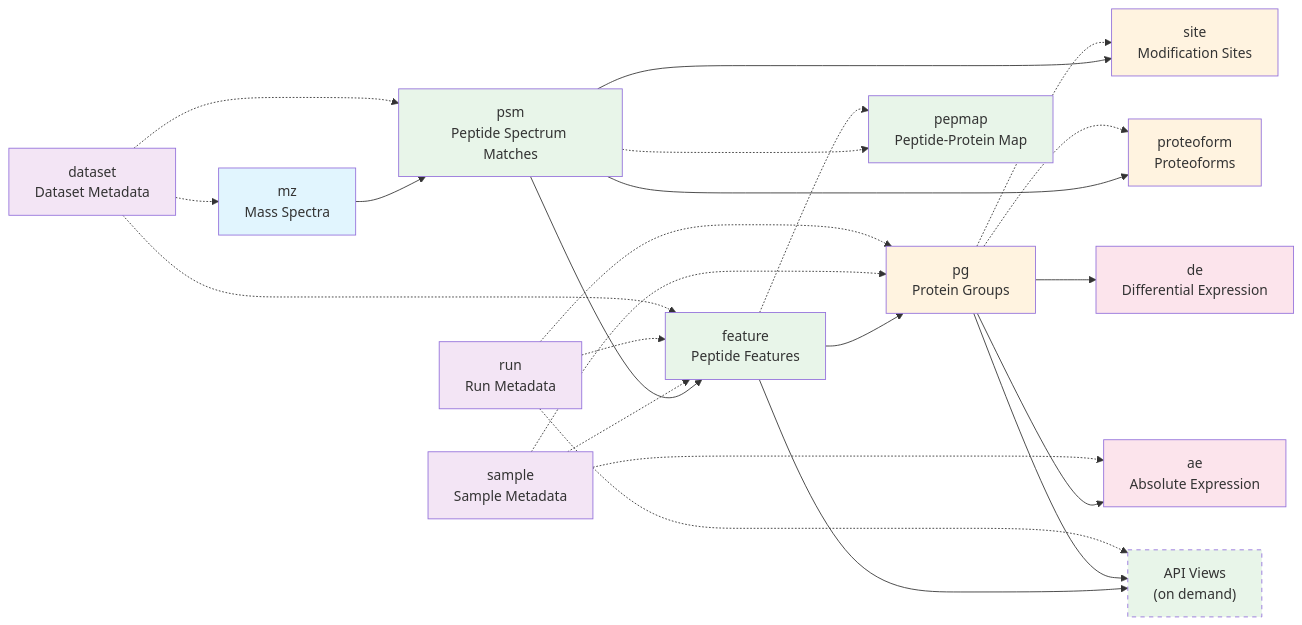
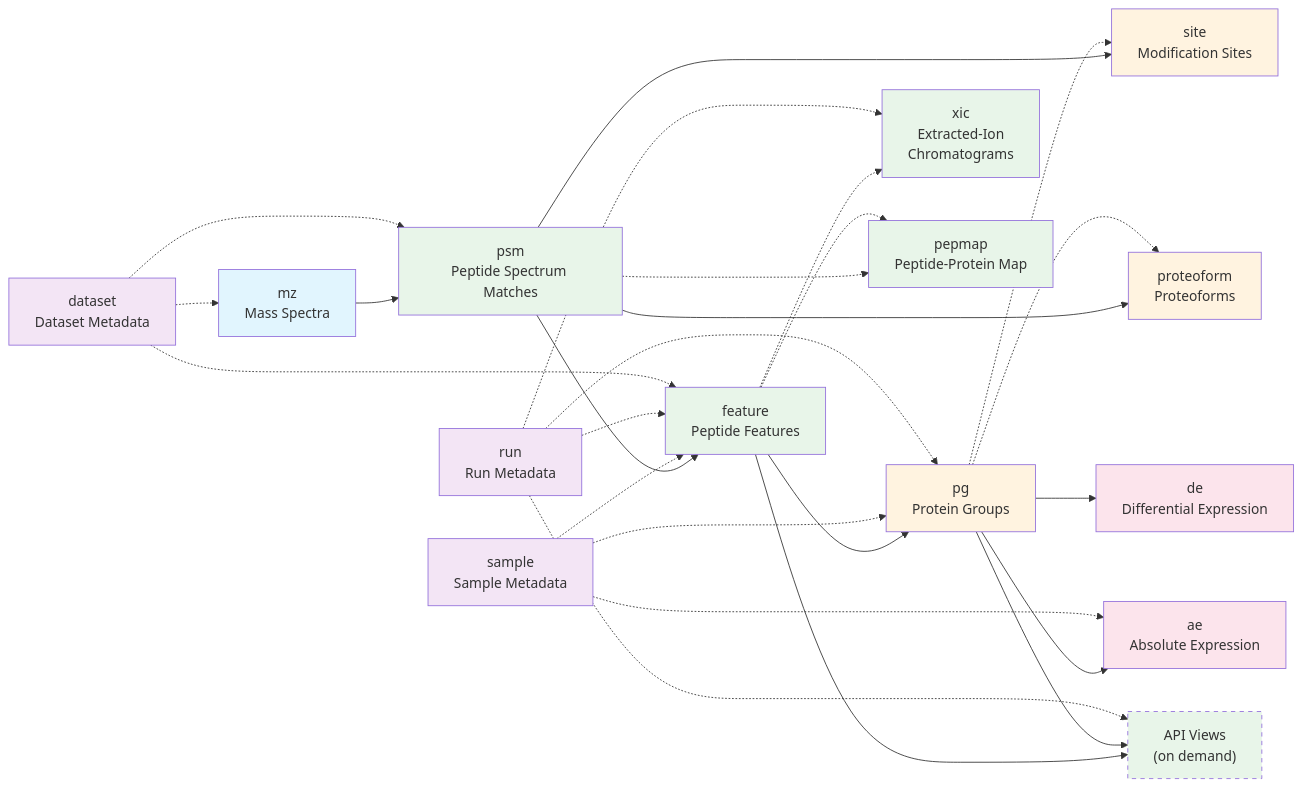
One commit to bigbio/qpx changed the diagram in docs/spec/index.md. Above: the diagram before and after it, drawn with Mermaid. The commit also changed other lines of this file and 25 other files, not shown here.

First line of the commit message:
feat(xic): add extracted-ion chromatogram view and DIA-NN converter

````diff
--- a/docs/spec/index.md
+++ b/docs/spec/index.md
@@ -14,39 +14,42 @@
 ```mermaid
 graph LR
     MZ[mz<br/>Mass Spectra] --> PSM[psm<br/>Peptide Spectrum Matches]
     PSM --> FEAT[feature<br/>Peptide Features]
     FEAT --> PG[pg<br/>Protein Groups]
+    FEAT -.-> XIC[xic<br/>Extracted-Ion<br/>Chromatograms]
     FEAT --> API["API Views<br/>(on demand)"]
     PG --> API
     PG --> AE[ae<br/>Absolute Expression]
     PG --> DE[de<br/>Differential Expression]
     PSM -.-> PPM[pepmap<br/>Peptide-Protein Map]
     PSM --> SITE[site<br/>Modification Sites]
     PG -.-> SITE
     PSM --> PF[proteoform<br/>Proteoforms]
     PG -.-> PF
     FEAT -.-> PPM
     SAMPLE[sample<br/>Sample Metadata] -.-> FEAT
     SAMPLE -.-> PG
     SAMPLE -.-> AE
     RUN[run<br/>Run Metadata] -.-> FEAT
     RUN -.-> PG
+    RUN -.-> XIC
     RUN -.-> API
     DATASET[dataset<br/>Dataset Metadata] -.-> MZ
     DATASET -.-> PSM
     DATASET -.-> FEAT
 
     style MZ fill:#e1f5fe
     style PSM fill:#e8f5e9
     style FEAT fill:#e8f5e9
     style PG fill:#fff3e0
     style PPM fill:#e8f5e9
     style SITE fill:#fff3e0
     style PF fill:#fff3e0
+    style XIC fill:#e8f5e9
     style API fill:#e8f5e9,stroke-dasharray: 5 5
     style AE fill:#fce4ec
     style DE fill:#fce4ec
     style SAMPLE fill:#f3e5f5
     style RUN fill:#f3e5f5
     style DATASET fill:#f3e5f5
 ```
````
